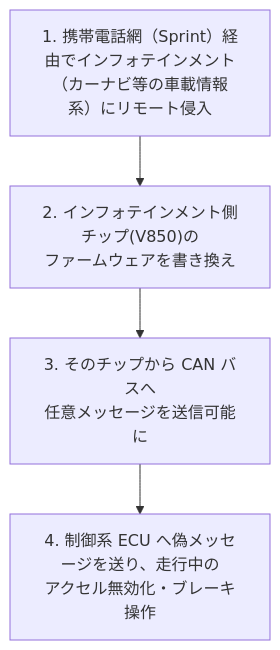
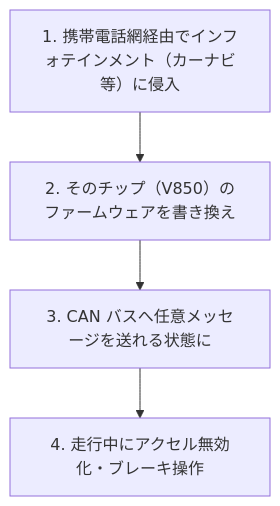
Before and after one commit to SomaTomita/sec-prep: the diagram in topics/06_systems-security/05_distributed-systems-security.md, drawn with Mermaid. The commit also changed other lines of this file and 7 other files, not shown here.

````diff
--- a/topics/06_systems-security/05_distributed-systems-security.md
+++ b/topics/06_systems-security/05_distributed-systems-security.md
@@ -123,7 +91,7 @@
 ```mermaid
 flowchart TD
-    A["1. 携帯電話網（Sprint）経由でインフォテインメント<br>（カーナビ等の車載情報系）にリモート侵入"]
-    A --> B["2. インフォテインメント側チップ(V850)の<br>ファームウェアを書き換え"]
-    B --> C["3. そのチップから CAN バスへ<br>任意メッセージを送信可能に"]
-    C --> D["4. 制御系 ECU へ偽メッセージを送り、走行中の<br>アクセル無効化・ブレーキ操作"]
+    A["1. 携帯電話網経由でインフォテインメント（カーナビ等）に侵入"]
+    A --> B["2. そのチップ（V850）のファームウェアを書き換え"]
+    B --> C["3. CAN バスへ任意メッセージを送れる状態に"]
+    C --> D["4. 走行中にアクセル無効化・ブレーキ操作"]
 ```
````
